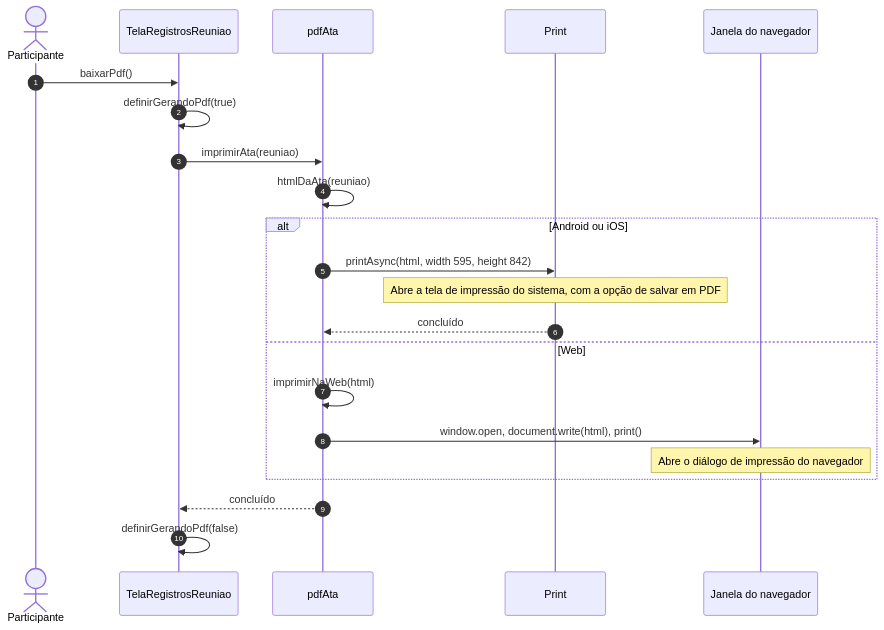
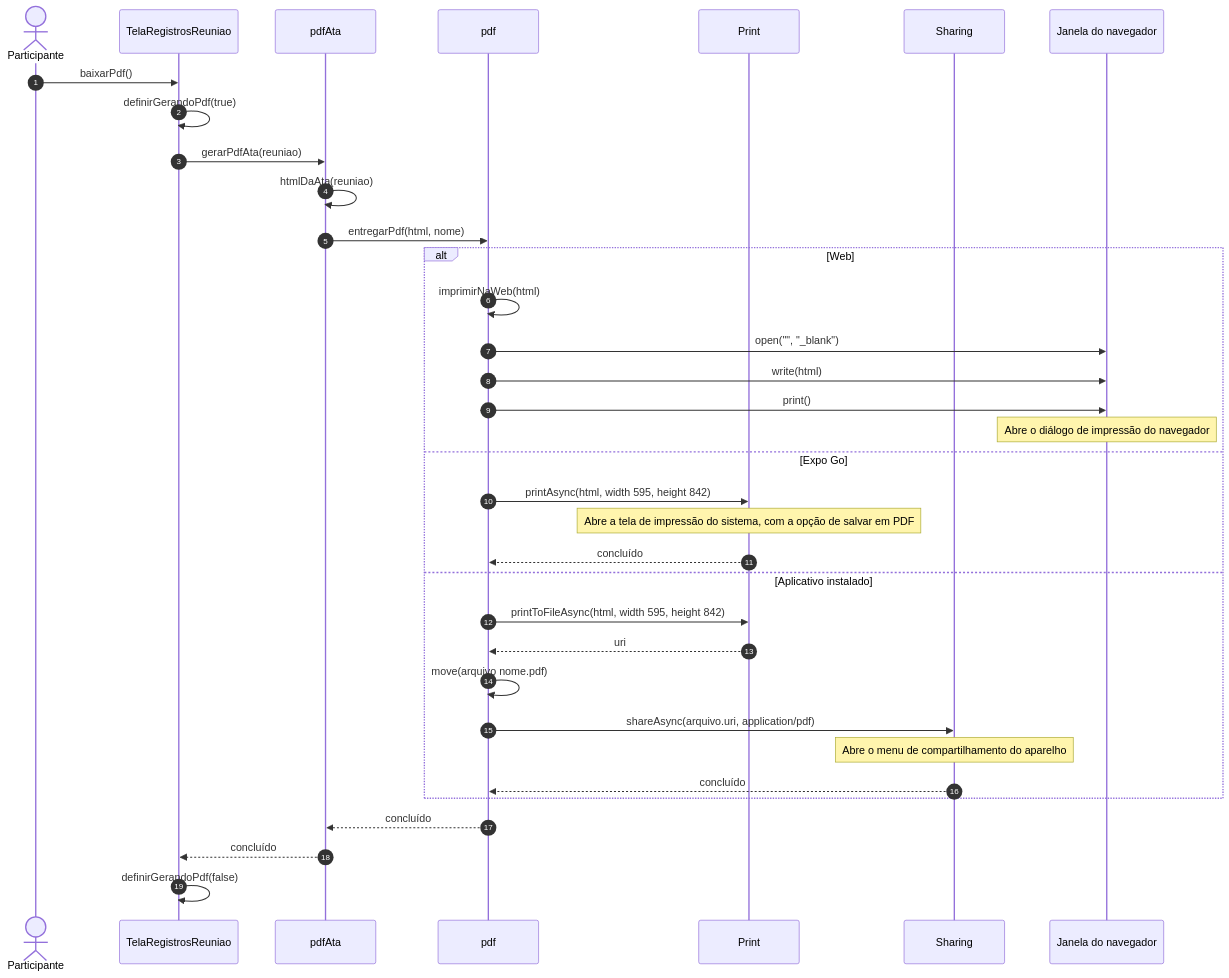
Before and after one commit to Conecta-IFSP/DOCUMENTATION: the eighth of 8 diagrams in 4 - Incremento3/atas/6 - diagramas-sequencia-atas.md, drawn with Mermaid. The commit also changed other lines of this file and 7 other files, not shown here.

Commit message:
Documenta a reprovação com identidade do aparelho e o PDF pelo compartilhamento

````diff
--- a/4 - Incremento3/atas/6 - diagramas-sequencia-atas.md
+++ b/4 - Incremento3/atas/6 - diagramas-sequencia-atas.md
@@ -284,24 +293,37 @@
 ```mermaid
 sequenceDiagram
     autonumber
     actor U as Participante
     participant T as TelaRegistrosReuniao
     participant P as pdfAta
+    participant D as pdf
     participant I as Print
+    participant C as Sharing
     participant J as Janela do navegador
     U->>T: baixarPdf()
     T->>T: definirGerandoPdf(true)
-    T->>P: imprimirAta(reuniao)
+    T->>P: gerarPdfAta(reuniao)
     P->>P: htmlDaAta(reuniao)
-    alt Android ou iOS
-        P->>I: printAsync(html, width 595, height 842)
+    P->>D: entregarPdf(html, nome)
+    alt Web
+        D->>D: imprimirNaWeb(html)
+        D->>J: open("", "_blank")
+        D->>J: write(html)
+        D->>J: print()
+        Note over J: Abre o diálogo de impressão do navegador
+    else Expo Go
+        D->>I: printAsync(html, width 595, height 842)
         Note over I: Abre a tela de impressão do sistema, com a opção de salvar em PDF
-        I-->>P: concluído
-    else Web
-        P->>P: imprimirNaWeb(html)
-        P->>J: window.open, document.write(html), print()
-        Note over J: Abre o diálogo de impressão do navegador
+        I-->>D: concluído
+    else Aplicativo instalado
+        D->>I: printToFileAsync(html, width 595, height 842)
+        I-->>D: uri
+        D->>D: move(arquivo nome.pdf)
+        D->>C: shareAsync(arquivo.uri, application/pdf)
+        Note over C: Abre o menu de compartilhamento do aparelho
+        C-->>D: concluído
     end
+    D-->>P: concluído
     P-->>T: concluído
     T->>T: definirGerandoPdf(false)
 ```
````
